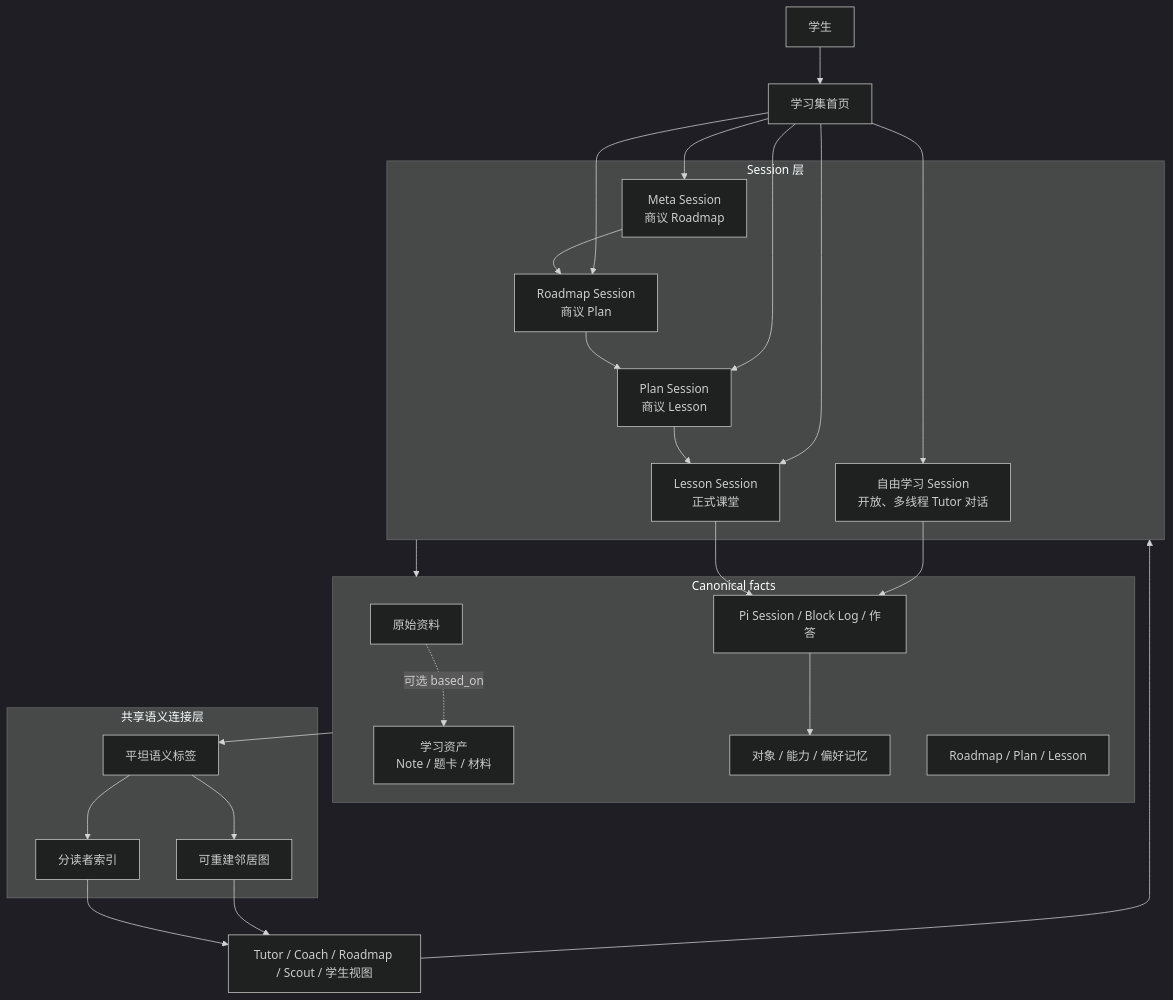
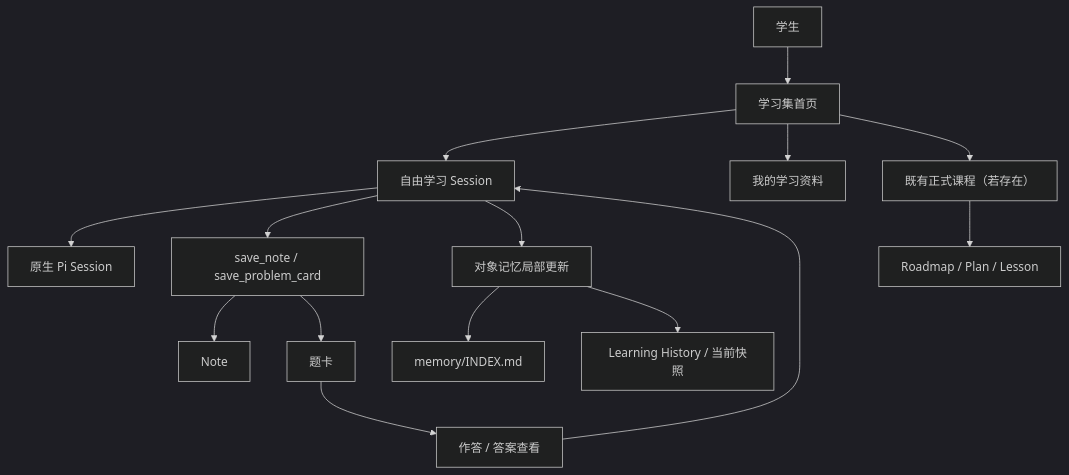
One commit to SunOfTheEast/highschool-study-claude-code changed the second of 2 diagrams in docs/superpowers/specs/2026-08-08-studyforge-m1b-north-star-architecture-design.md. Above: the diagram before and after it, drawn with Mermaid (dark theme). The commit also changed other lines of this file and 1 other file, not shown here.

Commit message:
docs: narrow m1b to one learning loop

````diff
--- a/docs/superpowers/specs/2026-08-08-studyforge-m1b-north-star-architecture-design.md
+++ b/docs/superpowers/specs/2026-08-08-studyforge-m1b-north-star-architecture-design.md
@@ -309,47 +108,22 @@
 ```mermaid
 flowchart TB
     U["学生"] --> HOME["学习集首页"]
 
-    subgraph SESSIONS["Session 层"]
-      META["Meta Session\n商议 Roadmap"]
-      ROAD["Roadmap Session\n商议 Plan"]
-      PLAN["Plan Session\n商议 Lesson"]
-      LESSON["Lesson Session\n正式课堂"]
-      LIGHT["自由学习 Session\n开放、多线程 Tutor 对话"]
-      META --> ROAD --> PLAN --> LESSON
-    end
+    HOME --> FREE["自由学习 Session"]
+    HOME --> ASSETS["我的学习资料"]
+    HOME --> COURSE["既有正式课程（若存在）"]
 
-    HOME --> META
-    HOME --> ROAD
-    HOME --> LIGHT
-    HOME --> PLAN
-    HOME --> LESSON
+    FREE --> PI["原生 Pi Session"]
+    FREE --> SAVE["save_note / save_problem_card"]
+    FREE --> MEM["对象记忆局部更新"]
 
-    subgraph FACTS["Canonical facts"]
-      SRC["原始资料"]
-      ASSET["学习资产\nNote / 题卡 / 材料"]
-      ACT["Pi Session / Block Log / 作答"]
-      MEM["对象 / 能力 / 偏好记忆"]
-      CUR["Roadmap / Plan / Lesson"]
-    end
+    SAVE --> NOTE["Note"]
+    SAVE --> CARD["题卡"]
+    CARD --> ATTEMPT["作答 / 答案查看"]
+    ATTEMPT --> FREE
 
-    SESSIONS --> FACTS
-    SRC -. "可选 based_on" .-> ASSET
-    ACT --> MEM
-    LESSON --> ACT
-    LIGHT --> ACT
+    MEM --> INDEX["memory/INDEX.md"]
+    MEM --> OBJECT["Learning History / 当前快照"]
 
-    subgraph SEMANTIC["共享语义连接层"]
-      TAG["平坦语义标签"]
-      IDX["分读者索引"]
-      GRAPH["可重建邻居图"]
-    end
-
-    FACTS --> TAG
-    TAG --> IDX
-    TAG --> GRAPH
-
-    IDX --> READER["Tutor / Coach / Roadmap / Scout / 学生视图"]
-    GRAPH --> READER
-    READER --> SESSIONS
+    COURSE --> TREE["Roadmap / Plan / Lesson"]
 ```
````
